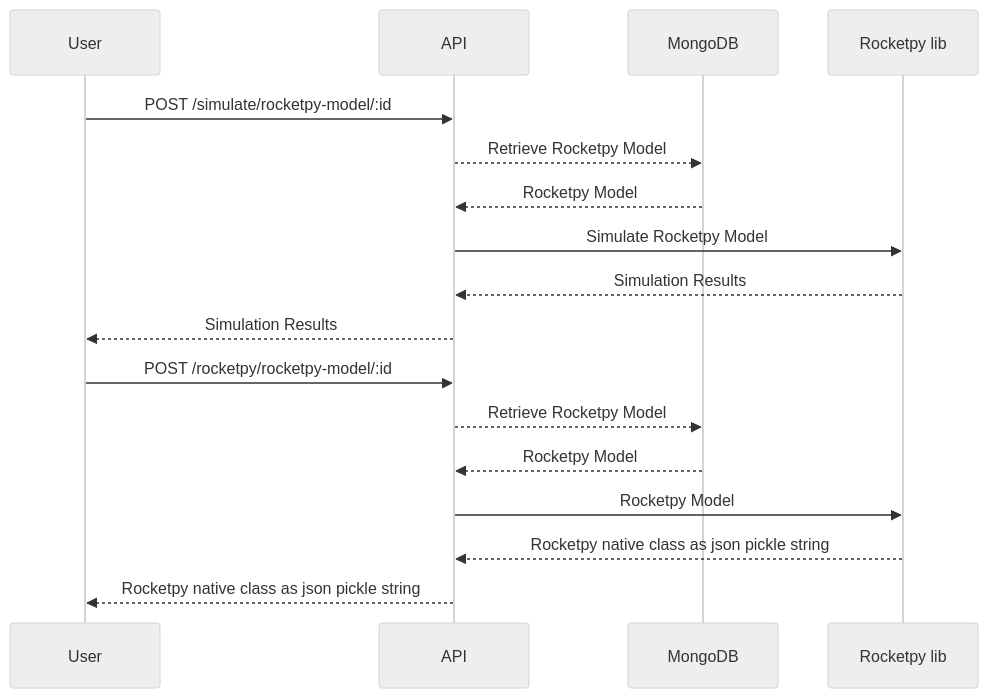
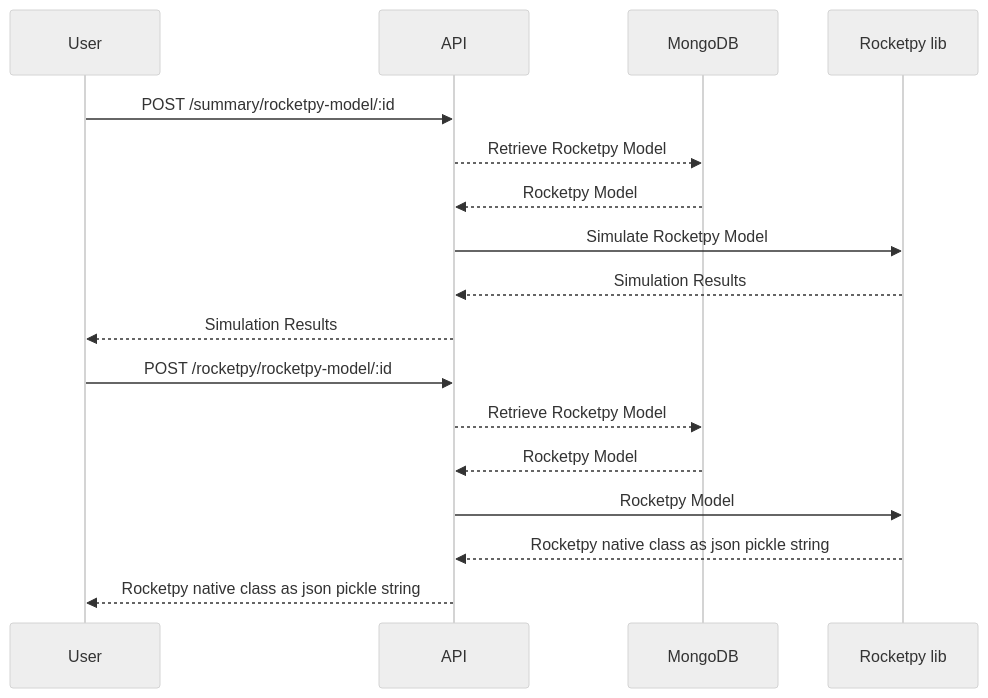
One commit to RocketPy-Team/Infinity-API changed the second of 2 diagrams in README.md. Above: the diagram before and after it, drawn with Mermaid (neutral theme). The commit also changed other lines of this file and 43 other files, not shown here.

````diff
--- a/README.md
+++ b/README.md
@@ -159,21 +163,21 @@
 ```mermaid
 sequenceDiagram
     participant User
     participant API
     participant MongoDB
     participant Rocketpy lib
 
-    User ->> API: POST /simulate/rocketpy-model/:id
+    User ->> API: POST /summary/rocketpy-model/:id
     API -->> MongoDB: Retrieve Rocketpy Model
     MongoDB -->> API: Rocketpy Model
     API ->> Rocketpy lib: Simulate Rocketpy Model
     Rocketpy lib -->> API:  Simulation Results
     API -->> User: Simulation Results
 
     User ->> API: POST /rocketpy/rocketpy-model/:id
     API -->> MongoDB: Retrieve Rocketpy Model
     MongoDB -->> API: Rocketpy Model
     API ->> Rocketpy lib: Rocketpy Model
     Rocketpy lib -->> API:  Rocketpy native class as json pickle string
     API -->> User: Rocketpy native class as json pickle string
 ```
````
